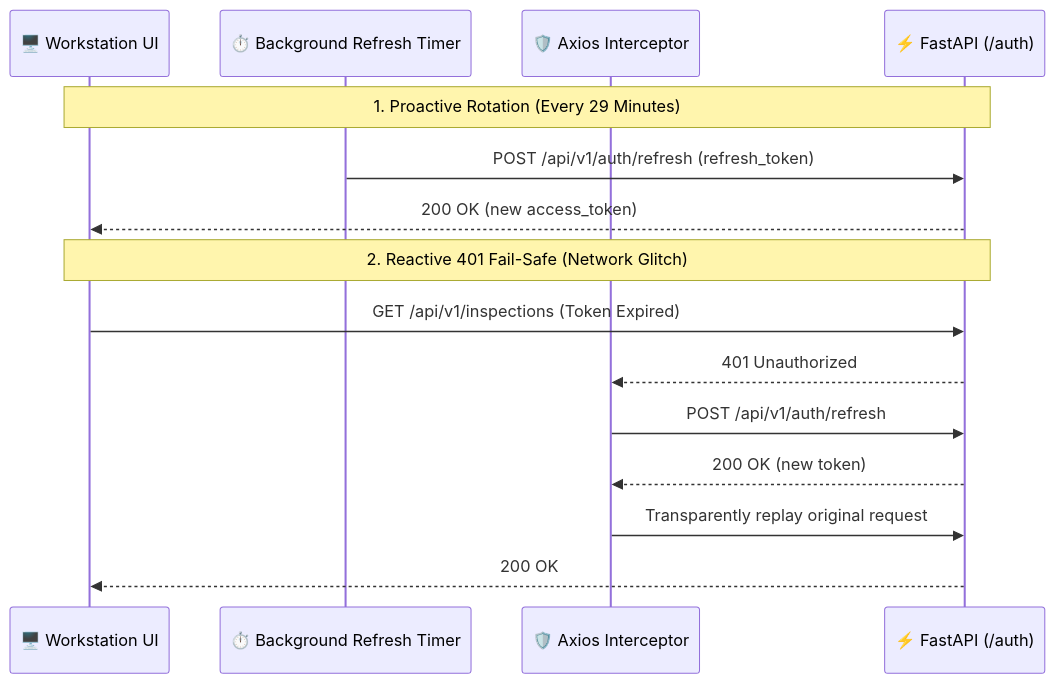
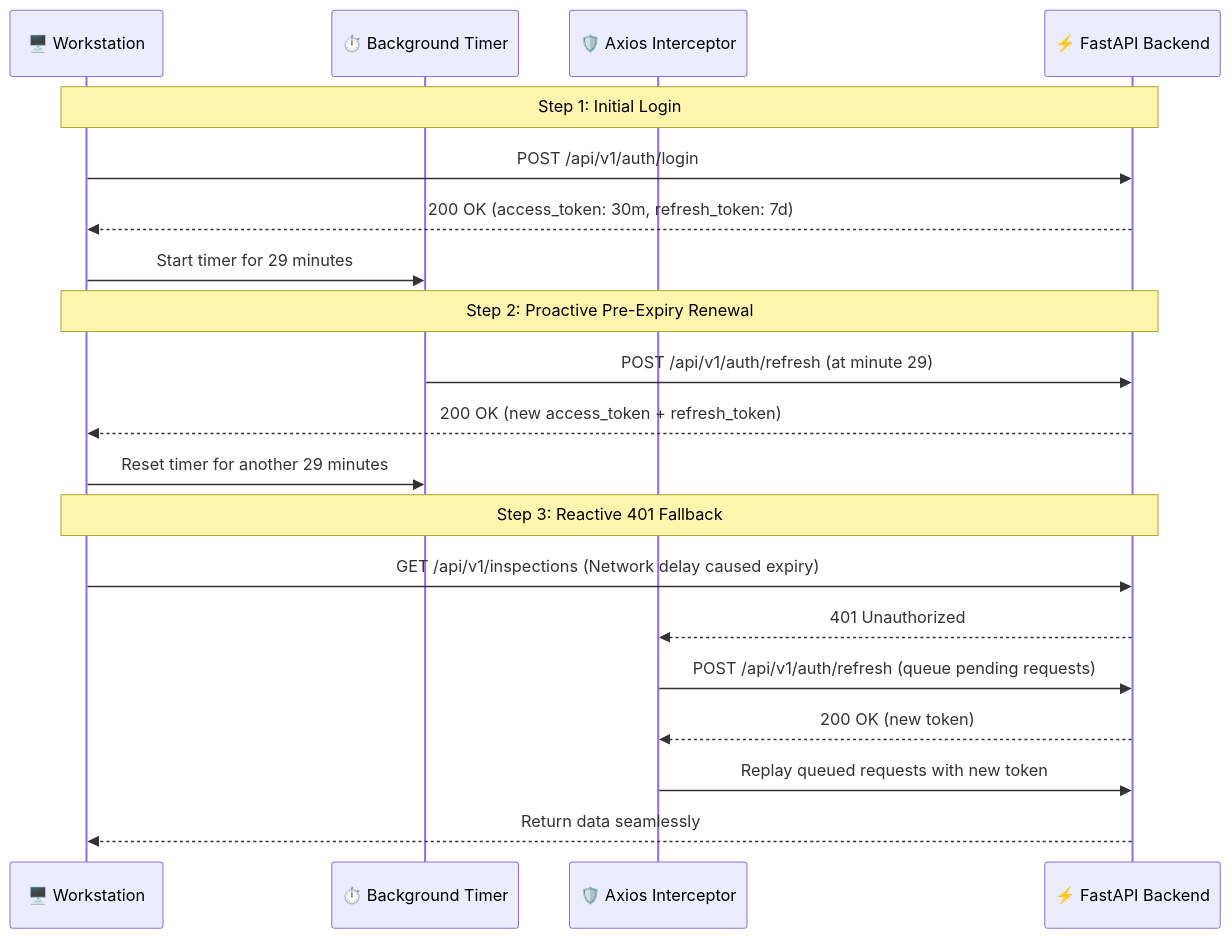
One commit to Disha-1610/VisionForge changed the first of 3 diagrams in docs/FRONTEND.md. Above: the diagram before and after it, drawn with Mermaid. The commit also changed other lines of this file and 12 other files, not shown here.

Commit message:
docs: upgrade full documentation suite with technical depth, story arcs, engineering decisions, and Mermaid diagrams

````diff
--- a/docs/FRONTEND.md
+++ b/docs/FRONTEND.md
@@ -202,19 +80,25 @@
 ```mermaid
 sequenceDiagram
-    participant UI as 🖥️ Workstation UI
-    participant Timer as ⏱️ Background Refresh Timer
+    participant UI as 🖥️ Workstation
+    participant Timer as ⏱️ Background Timer
     participant Interceptor as 🛡️ Axios Interceptor
-    participant Backend as ⚡ FastAPI (/auth)
+    participant API as ⚡ FastAPI Backend
 
-    Note over UI,Backend: 1. Proactive Rotation (Every 29 Minutes)
-    Timer->>Backend: POST /api/v1/auth/refresh (refresh_token)
-    Backend-->>UI: 200 OK (new access_token)
+    Note over UI,API: Step 1: Initial Login
+    UI->>API: POST /api/v1/auth/login
+    API-->>UI: 200 OK (access_token: 30m, refresh_token: 7d)
+    UI->>Timer: Start timer for 29 minutes
 
-    Note over UI,Backend: 2. Reactive 401 Fail-Safe (Network Glitch)
-    UI->>Backend: GET /api/v1/inspections (Token Expired)
-    Backend-->>Interceptor: 401 Unauthorized
-    Interceptor->>Backend: POST /api/v1/auth/refresh
-    Backend-->>Interceptor: 200 OK (new token)
-    Interceptor->>Backend: Transparently replay original request
-    Backend-->>UI: 200 OK
+    Note over UI,API: Step 2: Proactive Pre-Expiry Renewal
+    Timer->>API: POST /api/v1/auth/refresh (at minute 29)
+    API-->>UI: 200 OK (new access_token + refresh_token)
+    UI->>Timer: Reset timer for another 29 minutes
+
+    Note over UI,API: Step 3: Reactive 401 Fallback
+    UI->>API: GET /api/v1/inspections (Network delay caused expiry)
+    API-->>Interceptor: 401 Unauthorized
+    Interceptor->>API: POST /api/v1/auth/refresh (queue pending requests)
+    API-->>Interceptor: 200 OK (new token)
+    Interceptor->>API: Replay queued requests with new token
+    API-->>UI: Return data seamlessly
 ```
````
